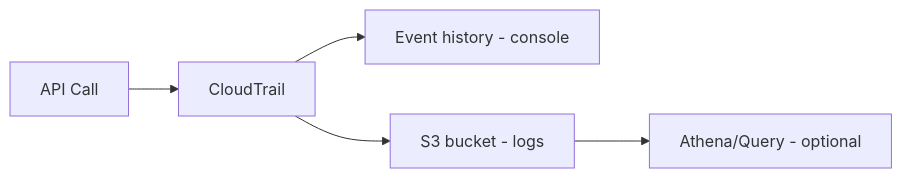
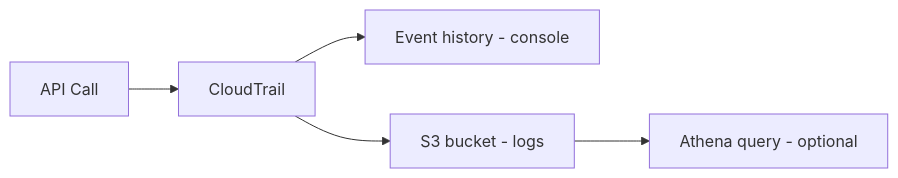
The first of 3 diagrams in aws-saa/week01-domain01-secure-architectures/day03/01-theory.md (niceguy61/aws-saa-lecture-2026), drawn with Mermaid before and after one commit. The commit also changed other lines of this file and 9 other files, not shown here.

Commit message:
Normalize mermaid labels to avoid special-char parse issues

````diff
--- a/aws-saa/week01-domain01-secure-architectures/day03/01-theory.md
+++ b/aws-saa/week01-domain01-secure-architectures/day03/01-theory.md
@@ -31,7 +31,7 @@
 ```mermaid
 flowchart LR
   API[API Call] --> CT[CloudTrail]
   CT --> EH[Event history - console]
   CT --> S3[S3 bucket - logs]
-  S3 --> ATH[Athena/Query - optional]
+  S3 --> ATH[Athena query - optional]
 ```
````
